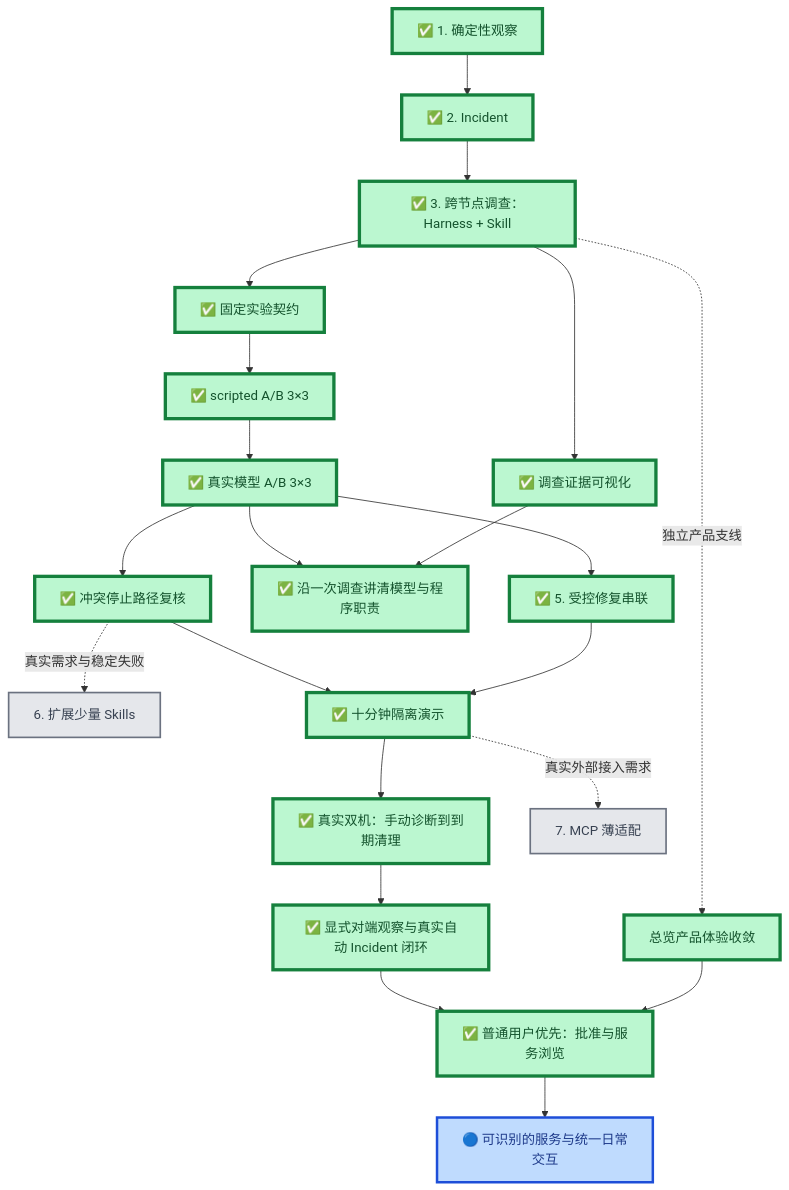
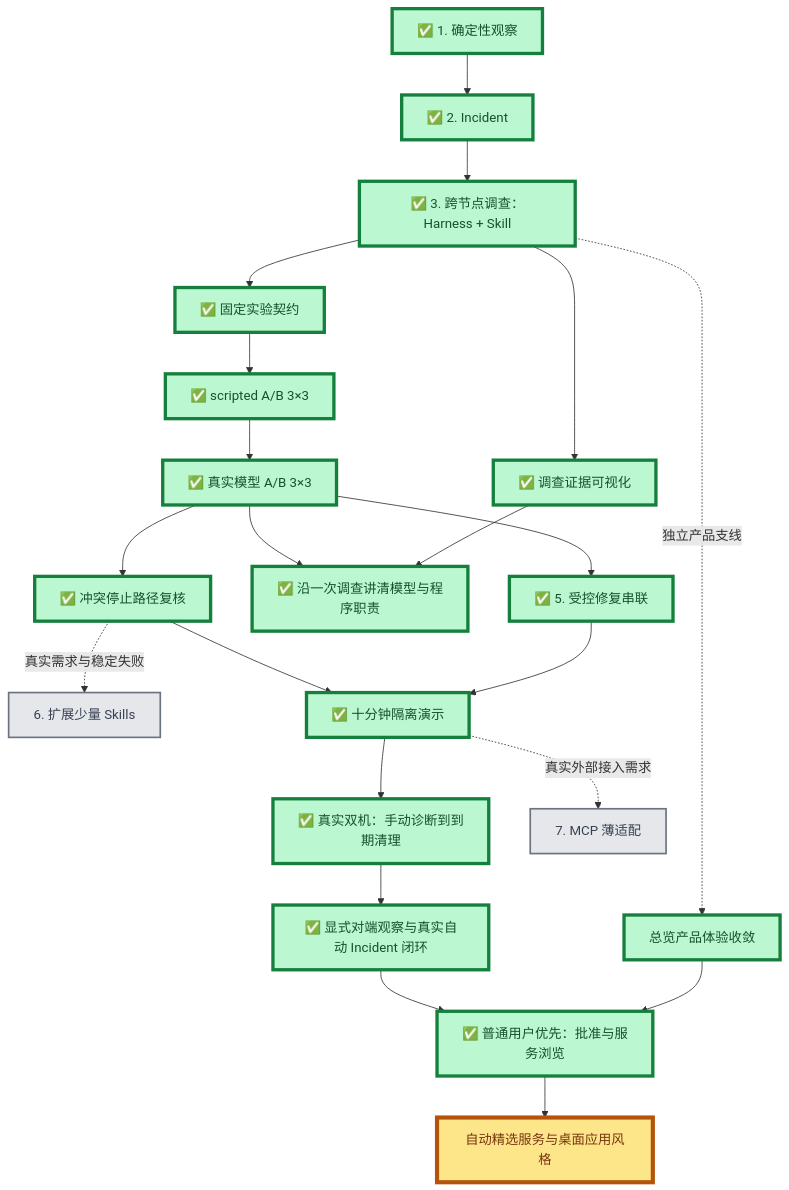
The first of 2 diagrams in docs/project/roadmap.md (Sugarfarmeriod/TunnelMinion), drawn with Mermaid before and after one commit. The commit also changed other lines of this file and 16 other files, not shown here.

````diff
--- a/docs/project/roadmap.md
+++ b/docs/project/roadmap.md
@@ -8,38 +8,38 @@
 ```mermaid
 flowchart TB
     A["✅ 1. 确定性观察"] --> B["✅ 2. Incident"]
     B --> C["✅ 3. 跨节点调查：Harness + Skill"]
 
     C --> D1["✅ 固定实验契约"]
     D1 --> D2["✅ scripted A/B 3×3"]
     D2 --> D3["✅ 真实模型 A/B 3×3"]
 
     D3 --> E["✅ 5. 受控修复串联"]
     C --> V["✅ 调查证据可视化"]
     V --> W["✅ 沿一次调查讲清模型与程序职责"]
     D3 --> W
     D3 --> F["✅ 冲突停止路径复核"]
     F -.真实需求与稳定失败.-> K["6. 扩展少量 Skills"]
     E --> H["✅ 十分钟隔离演示"]
     F --> H
     H --> R["✅ 真实双机：手动诊断到到期清理"]
     R --> I["✅ 显式对端观察与真实自动 Incident 闭环"]
     H -.真实外部接入需求.-> G["7. MCP 薄适配"]
 
     C -.独立产品支线.-> U["总览产品体验收敛"]
     U --> P["✅ 普通用户优先：批准与服务浏览"]
     I --> P
-    P --> Q["🔵 可识别的服务与统一日常交互"]
+    P --> Q["自动精选服务与桌面应用风格"]
 
     classDef done fill:#bbf7d0,stroke:#15803d,stroke-width:4px,color:#14532d;
     classDef current fill:#fde68a,stroke:#b45309,stroke-width:5px,color:#78350f;
     classDef next fill:#bfdbfe,stroke:#1d4ed8,stroke-width:3px,color:#1e3a8a;
     classDef later fill:#e5e7eb,stroke:#6b7280,stroke-width:2px,color:#374151;
     class A,B,C,D1,D2,D3,E,F,H,R,V done;
     class U done;
     class W done;
     class I done;
     class G,K later;
     class P done;
-    class Q next;
+    class Q current;
 ```
````
